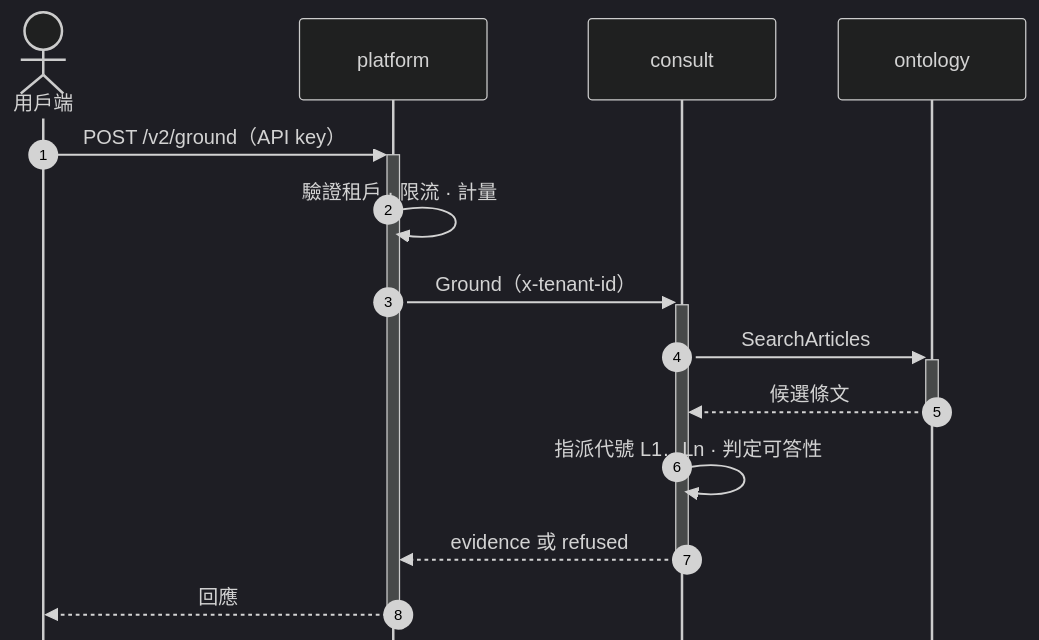
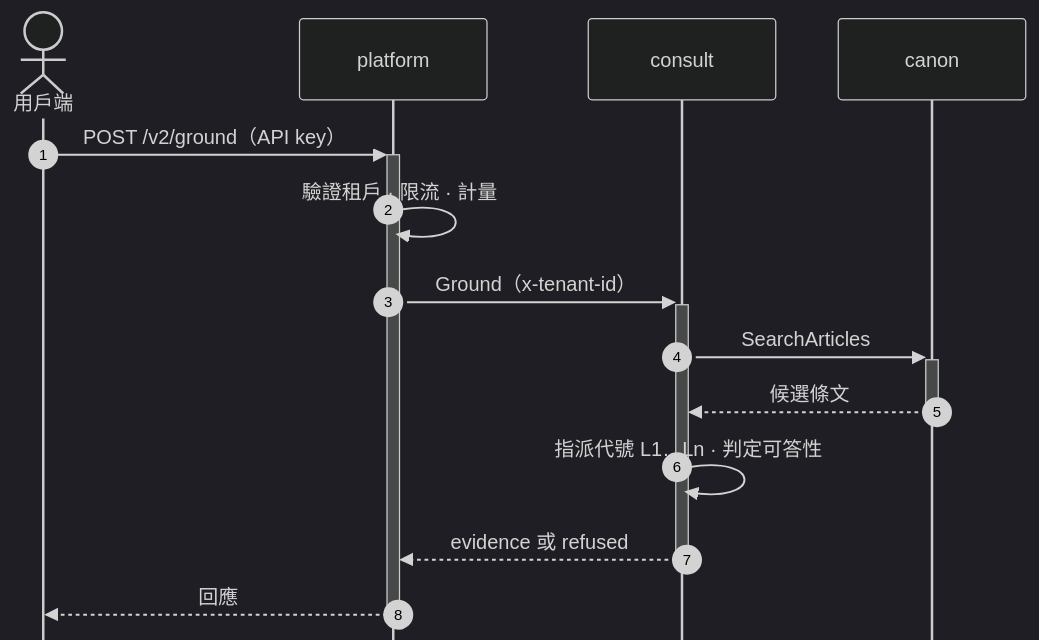
The second of 2 diagrams in proto/README.md (elihu0211/envcite), drawn with Mermaid (dark theme) before and after one commit. The commit also changed other lines of this file and 898 other files, not shown here.

First line of the commit message:
refactor(canon): rename the ontology service to canon (#206)

````diff
--- a/proto/README.md
+++ b/proto/README.md
@@ -70,23 +70,23 @@
 ```mermaid
 ---
 config:
   sequence:
     mirrorActors: false
     showSequenceNumbers: true
 ---
 sequenceDiagram
     autonumber
     actor C as 用戶端
     participant P as platform
     participant K as consult
-    participant O as ontology
+    participant O as canon
 
     C->>+P: POST /v2/ground（API key）
     P->>P: 驗證租戶 · 限流 · 計量
     P->>+K: Ground（x-tenant-id）
     K->>+O: SearchArticles
     O-->>-K: 候選條文
     K->>K: 指派代號 L1…Ln · 判定可答性
     K-->>-P: evidence 或 refused
     P-->>-C: 回應
 ```
````
